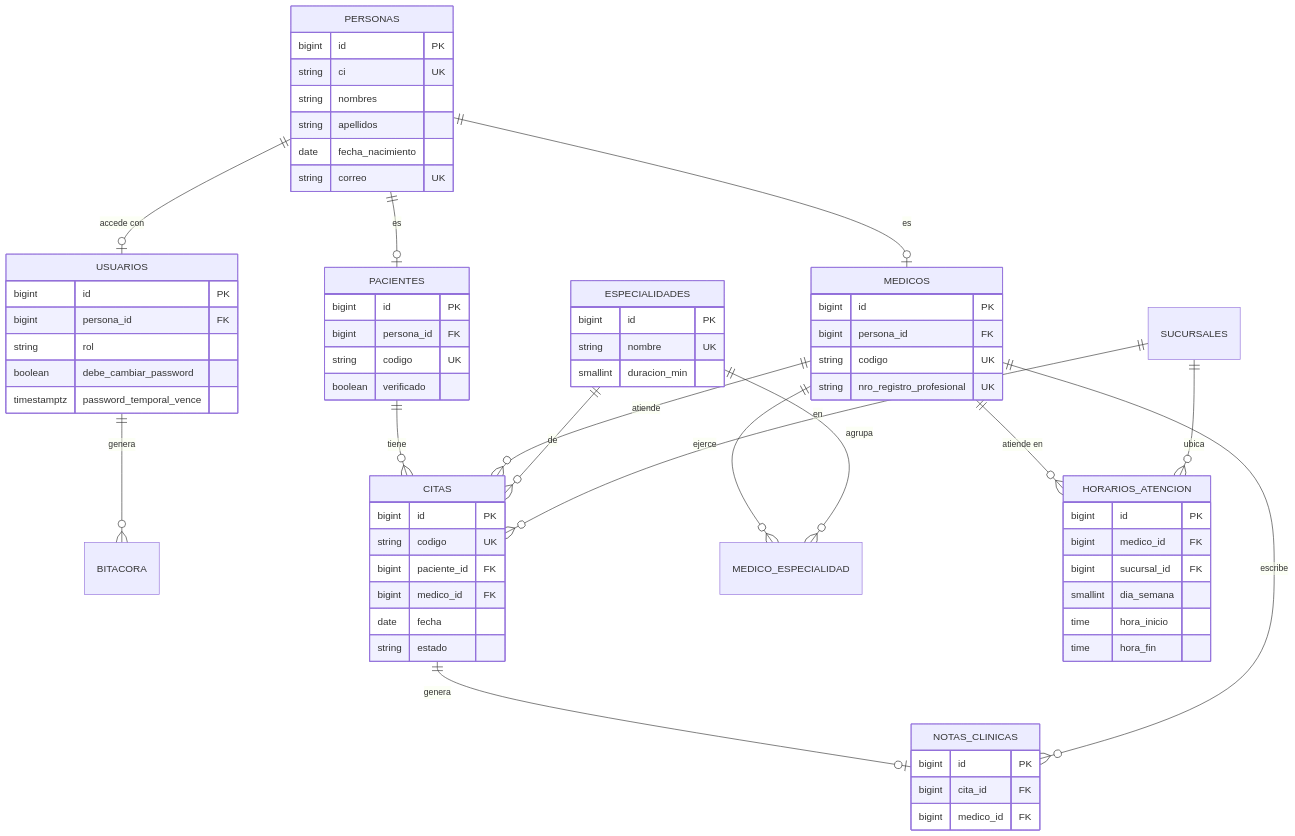
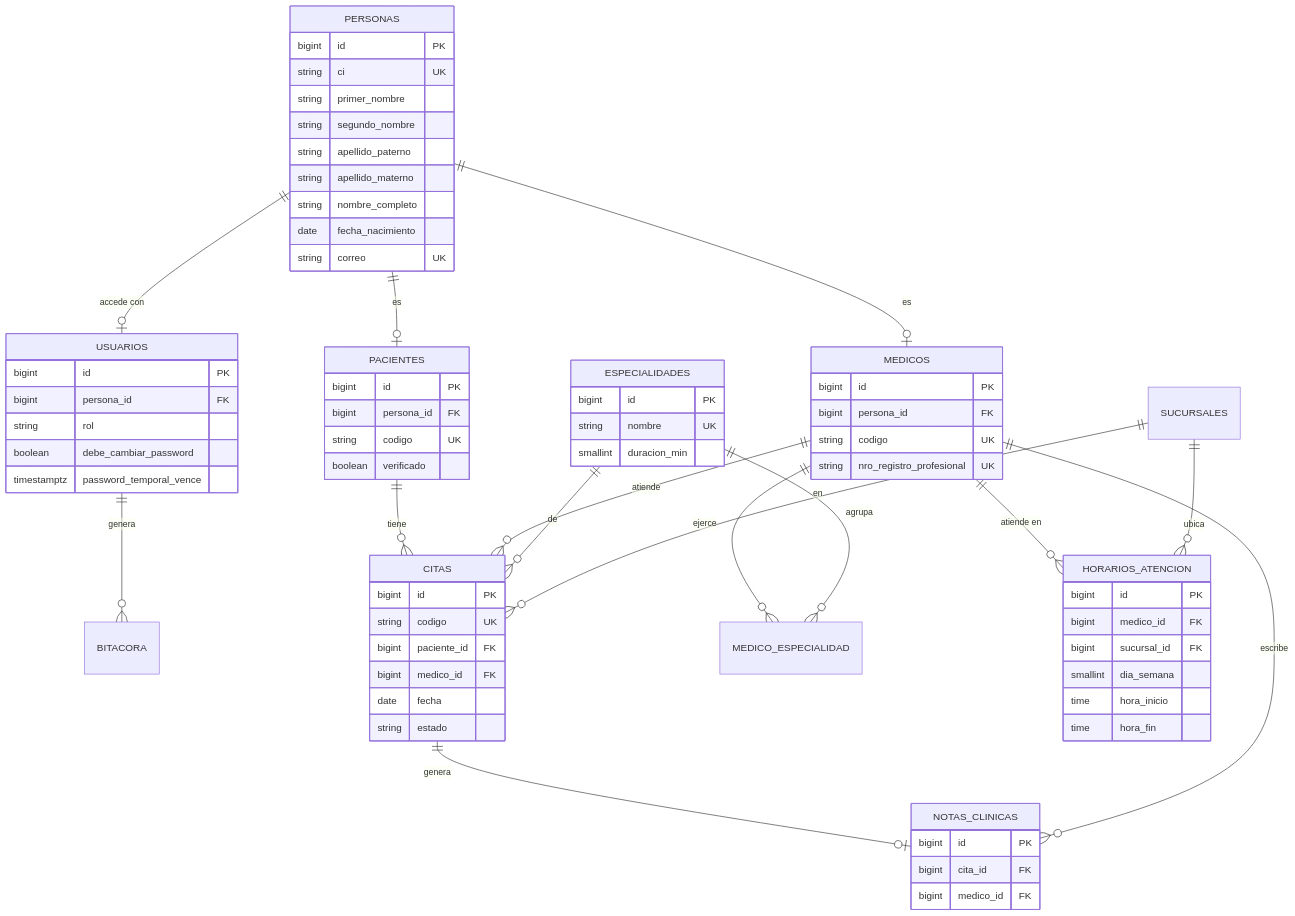
Diagram 14 of 14 in documento/Informe-Final.md (Einarpd26/2do-examen-ing-requisitos), drawn with Mermaid before and after one commit. The commit also changed other lines of this file, not shown here.

Commit message:
docs(informe): reflejar el nombre atomico de la persona en casos de uso, clases y modelo de datos

````diff
--- a/documento/Informe-Final.md
+++ b/documento/Informe-Final.md
@@ -911,71 +914,74 @@
 ```mermaid
 erDiagram
     PERSONAS ||--o| USUARIOS : "accede con"
     PERSONAS ||--o| PACIENTES : "es"
     PERSONAS ||--o| MEDICOS : "es"
     USUARIOS ||--o{ BITACORA : "genera"
     PACIENTES ||--o{ CITAS : "tiene"
     MEDICOS ||--o{ CITAS : "atiende"
     ESPECIALIDADES ||--o{ CITAS : "de"
     SUCURSALES ||--o{ CITAS : "en"
     MEDICOS ||--o{ MEDICO_ESPECIALIDAD : "ejerce"
     ESPECIALIDADES ||--o{ MEDICO_ESPECIALIDAD : "agrupa"
     MEDICOS ||--o{ HORARIOS_ATENCION : "atiende en"
     SUCURSALES ||--o{ HORARIOS_ATENCION : "ubica"
     CITAS ||--o| NOTAS_CLINICAS : "genera"
     MEDICOS ||--o{ NOTAS_CLINICAS : "escribe"
 
     PERSONAS {
         bigint id PK
         string ci UK
-        string nombres
-        string apellidos
+        string primer_nombre
+        string segundo_nombre
+        string apellido_paterno
+        string apellido_materno
+        string nombre_completo
         date fecha_nacimiento
         string correo UK
     }
     USUARIOS {
         bigint id PK
         bigint persona_id FK
         string rol
         boolean debe_cambiar_password
         timestamptz password_temporal_vence
     }
     PACIENTES {
         bigint id PK
         bigint persona_id FK
         string codigo UK
         boolean verificado
     }
     MEDICOS {
         bigint id PK
         bigint persona_id FK
         string codigo UK
         string nro_registro_profesional UK
     }
     ESPECIALIDADES {
         bigint id PK
         string nombre UK
         smallint duracion_min
     }
     HORARIOS_ATENCION {
         bigint id PK
         bigint medico_id FK
         bigint sucursal_id FK
         smallint dia_semana
         time hora_inicio
         time hora_fin
     }
     CITAS {
         bigint id PK
         string codigo UK
         bigint paciente_id FK
         bigint medico_id FK
         date fecha
         string estado
     }
     NOTAS_CLINICAS {
         bigint id PK
         bigint cita_id FK
         bigint medico_id FK
     }
 ```
````
